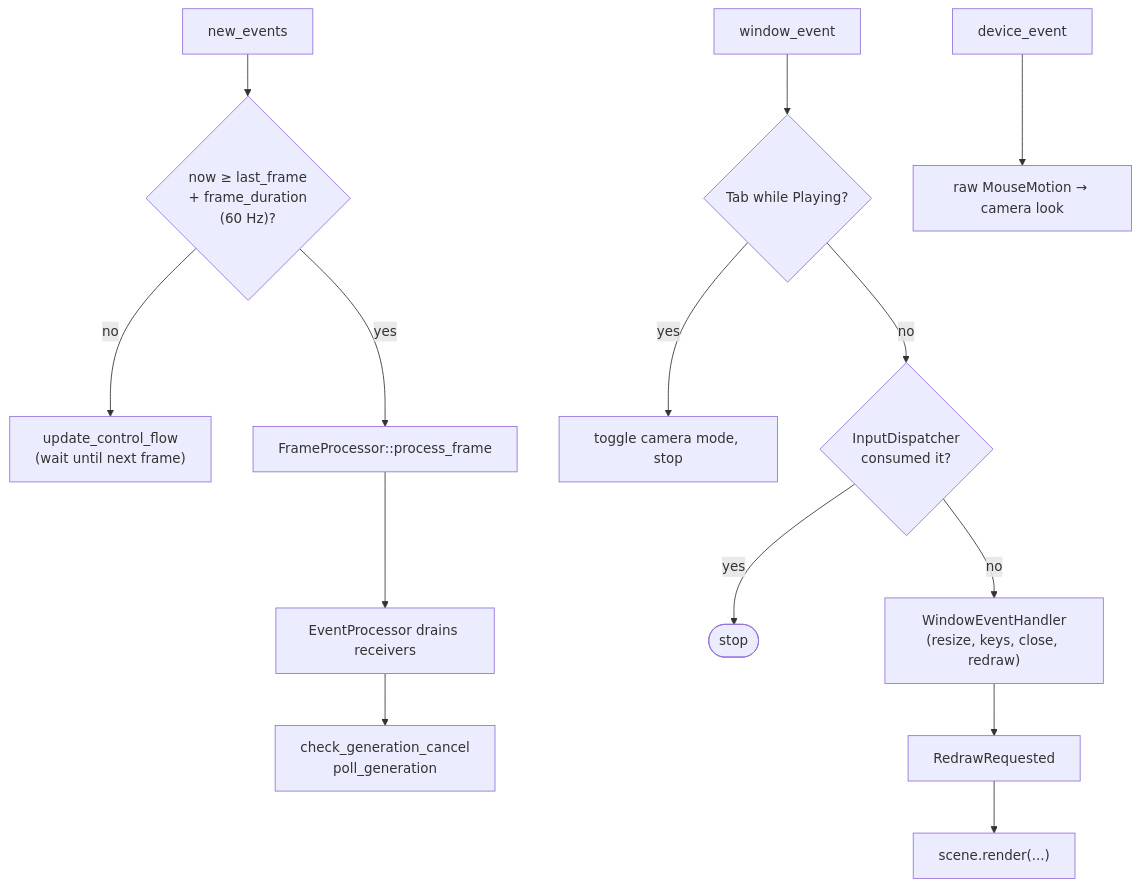
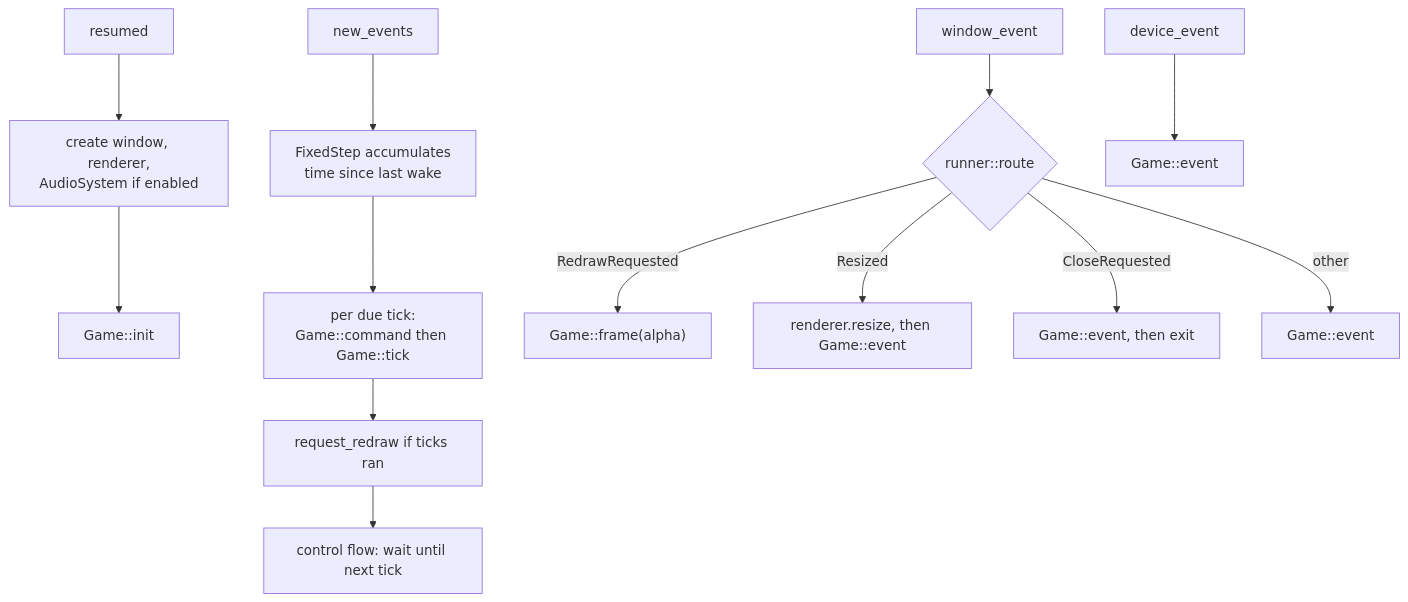
The first of 2 diagrams in wiki/architecture/frame-loop.md (WrackedFella/moho), drawn with Mermaid before and after one commit. The commit also changed other lines of this file and 28 other files, not shown here.

````diff
--- a/wiki/architecture/frame-loop.md
+++ b/wiki/architecture/frame-loop.md
@@ -11,17 +14,17 @@
 ```mermaid
 flowchart TD
-    NE["new_events"] --> gate{"now ≥ last_frame<br/>+ frame_duration<br/>(60 Hz)?"}
-    gate -- no --> cf["update_control_flow<br/>(wait until next frame)"]
-    gate -- yes --> PF["FrameProcessor::process_frame"]
-    PF --> DR["EventProcessor drains receivers"]
-    DR --> GEN["check_generation_cancel<br/>poll_generation"]
+    RES["resumed"] --> mk["create window, renderer,<br/>AudioSystem if enabled"] --> init["Game::init"]
 
-    WE["window_event"] --> tab{"Tab while Playing?"}
-    tab -- yes --> cam["toggle camera mode, stop"]
-    tab -- no --> disp{"InputDispatcher<br/>consumed it?"}
-    disp -- yes --> stop(["stop"])
-    disp -- no --> weh["WindowEventHandler<br/>(resize, keys, close, redraw)"]
-    weh --> RR["RedrawRequested"] --> render["scene.render(...)"]
+    NE["new_events"] --> acc["FixedStep accumulates<br/>time since last wake"]
+    acc --> tk["per due tick:<br/>Game::command then Game::tick"]
+    tk --> rr["request_redraw if ticks ran"]
+    rr --> cf["control flow: wait until next tick"]
 
-    DE["device_event"] --> mm["raw MouseMotion → camera look"]
+    WE["window_event"] --> route{"runner::route"}
+    route -- RedrawRequested --> fr["Game::frame(alpha)"]
+    route -- Resized --> rs["renderer.resize, then Game::event"]
+    route -- CloseRequested --> ev["Game::event, then exit"]
+    route -- other --> ev2["Game::event"]
+
+    DE["device_event"] --> ev3["Game::event"]
 ```
````
